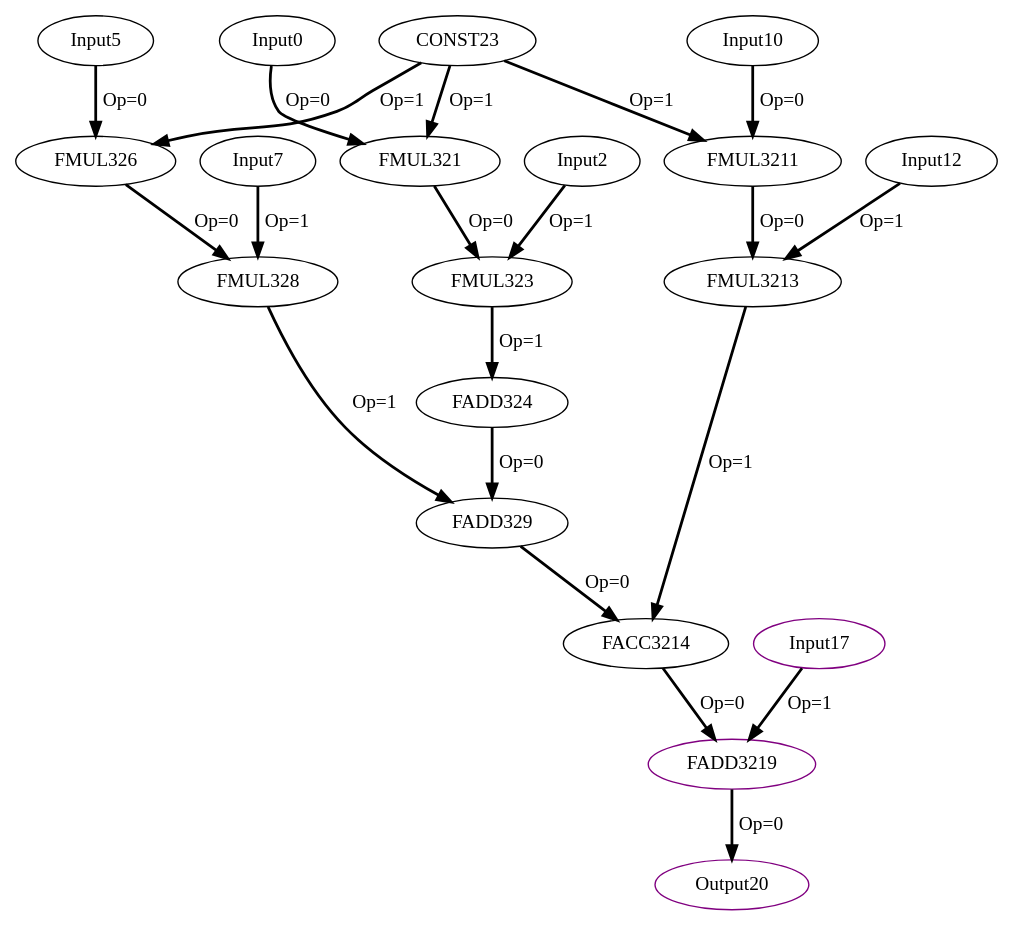
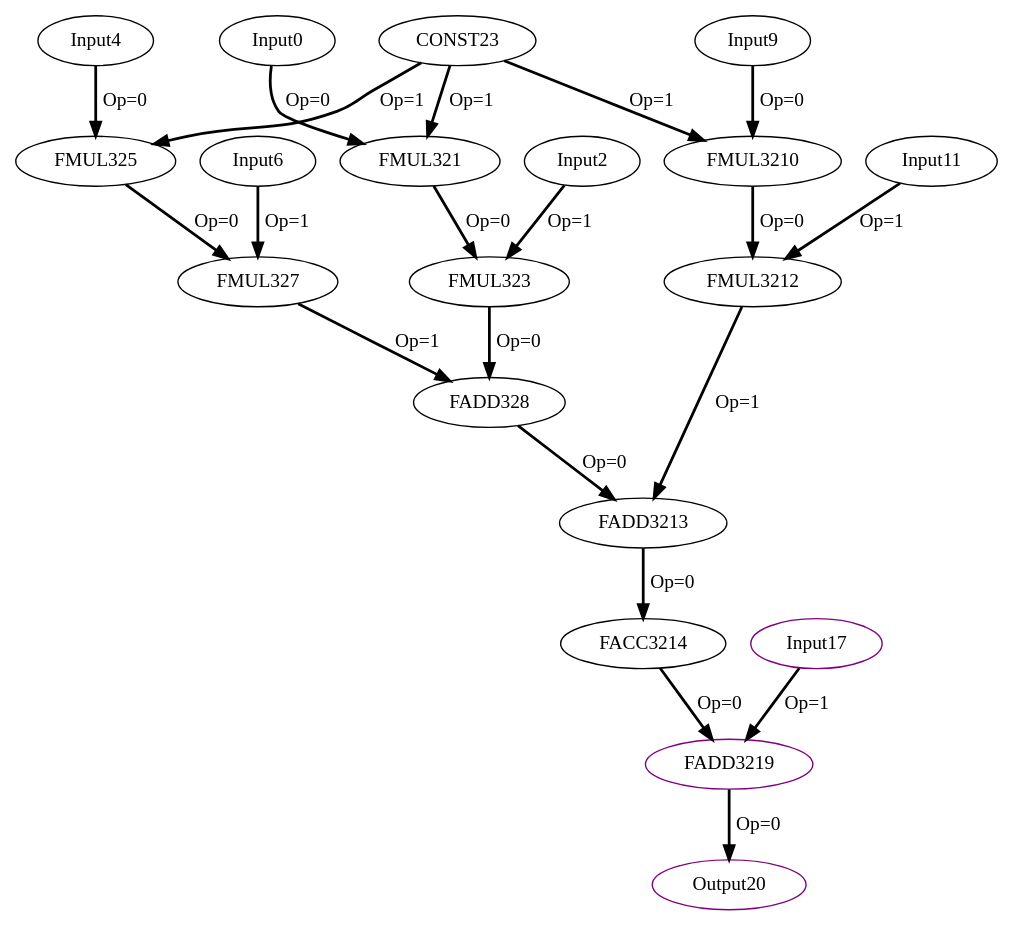
The diagram in experiment/Cbenchmarks/Polybench/linear-algebra/blas/gemm/IR/tempfiles/DesignSpace/kernel_gemm_1_3_1_1_CDFG_unroll.dot (MIONkb/adora-compiler), drawn with Graphviz before and after one commit. The commit also changed 135 other files, not shown here.

```diff
--- a/experiment/Cbenchmarks/Polybench/linear-algebra/blas/gemm/IR/tempfiles/DesignSpace/kernel_gemm_1_3_1_1_CDFG_unroll.dot
+++ b/experiment/Cbenchmarks/Polybench/linear-algebra/blas/gemm/IR/tempfiles/DesignSpace/kernel_gemm_1_3_1_1_CDFG_unroll.dot
@@ -1,41 +1,41 @@
 Digraph G {
 Input0[opcode = "Input", ref_name="kernel_gemm_1_1", size="120", offset="0,0", pattern="12,10,-108,25", color = black];
 FMUL321[opcode = "FMUL32", color = black];
 Input2[opcode = "Input", ref_name="kernel_gemm_1_2", size="3000", offset="0,0", pattern="300,10,-2696,25", color = black];
 FMUL323[opcode = "FMUL32", color = black];
-FADD324[opcode = "FADD32", color = black];
-Input5[opcode = "Input", ref_name="kernel_gemm_1_1", size="120", offset="0,4", pattern="12,10,-108,25", color = black];
-FMUL326[opcode = "FMUL32", color = black];
-Input7[opcode = "Input", ref_name="kernel_gemm_1_2", size="3000", offset="0,100", pattern="300,10,-2696,25", color = black];
-FMUL328[opcode = "FMUL32", color = black];
-FADD329[opcode = "FADD32", color = black];
-Input10[opcode = "Input", ref_name="kernel_gemm_1_1", size="120", offset="0,8", pattern="12,10,-108,25", color = black];
-FMUL3211[opcode = "FMUL32", color = black];
-Input12[opcode = "Input", ref_name="kernel_gemm_1_2", size="3000", offset="0,200", pattern="300,10,-2696,25", color = black];
-FMUL3213[opcode = "FMUL32", color = black];
+Input4[opcode = "Input", ref_name="kernel_gemm_1_1", size="120", offset="0,4", pattern="12,10,-108,25", color = black];
+FMUL325[opcode = "FMUL32", color = black];
+Input6[opcode = "Input", ref_name="kernel_gemm_1_2", size="3000", offset="0,100", pattern="300,10,-2696,25", color = black];
+FMUL327[opcode = "FMUL32", color = black];
+FADD328[opcode = "FADD32", color = black];
+Input9[opcode = "Input", ref_name="kernel_gemm_1_1", size="120", offset="0,8", pattern="12,10,-108,25", color = black];
+FMUL3210[opcode = "FMUL32", color = black];
+Input11[opcode = "Input", ref_name="kernel_gemm_1_2", size="3000", offset="0,200", pattern="300,10,-2696,25", color = black];
+FMUL3212[opcode = "FMUL32", color = black];
+FADD3213[opcode = "FADD32", color = black];
 FACC3214[opcode = "FACC32", acc_params="0,10,1,25", acc_first=1, color = black];
 Input17[opcode = "Input", ref_name="kernel_gemm_1_0", size="100", offset="0,0", pattern="0,10,4,25", color = purple];
 FADD3219[opcode = "FADD32", color = purple];
 Output20[opcode = "Output", ref_name="kernel_gemm_1_3", size="100", offset="0,0", pattern="0,10,4,25", color = purple];
 CONST23[opcode = "CONST", value="0x3FC00000", color = black];
 Input0 -> FMUL321[color = black, style = bold, operand = 0, label = "Op=0"];
 CONST23 -> FMUL321[color = black, style = bold, operand = 1, label = "Op=1"];
 FMUL321 -> FMUL323[color = black, style = bold, operand = 0, label = "Op=0"];
 Input2 -> FMUL323[color = black, style = bold, operand = 1, label = "Op=1"];
-FMUL323 -> FADD324[color = black, style = bold, operand = 1, label = "Op=1"];
-Input5 -> FMUL326[color = black, style = bold, operand = 0, label = "Op=0"];
-CONST23 -> FMUL326[color = black, style = bold, operand = 1, label = "Op=1"];
-FMUL326 -> FMUL328[color = black, style = bold, operand = 0, label = "Op=0"];
-Input7 -> FMUL328[color = black, style = bold, operand = 1, label = "Op=1"];
-FADD324 -> FADD329[color = black, style = bold, operand = 0, label = "Op=0"];
-FMUL328 -> FADD329[color = black, style = bold, operand = 1, label = "Op=1"];
-Input10 -> FMUL3211[color = black, style = bold, operand = 0, label = "Op=0"];
-CONST23 -> FMUL3211[color = black, style = bold, operand = 1, label = "Op=1"];
-FMUL3211 -> FMUL3213[color = black, style = bold, operand = 0, label = "Op=0"];
-Input12 -> FMUL3213[color = black, style = bold, operand = 1, label = "Op=1"];
-FADD329 -> FACC3214[color = black, style = bold, operand = 0, label = "Op=0"];
-FMUL3213 -> FACC3214[color = black, style = bold, operand = 1, label = "Op=1"];
+Input4 -> FMUL325[color = black, style = bold, operand = 0, label = "Op=0"];
+CONST23 -> FMUL325[color = black, style = bold, operand = 1, label = "Op=1"];
+FMUL325 -> FMUL327[color = black, style = bold, operand = 0, label = "Op=0"];
+Input6 -> FMUL327[color = black, style = bold, operand = 1, label = "Op=1"];
+FMUL323 -> FADD328[color = black, style = bold, operand = 0, label = "Op=0"];
+FMUL327 -> FADD328[color = black, style = bold, operand = 1, label = "Op=1"];
+Input9 -> FMUL3210[color = black, style = bold, operand = 0, label = "Op=0"];
+CONST23 -> FMUL3210[color = black, style = bold, operand = 1, label = "Op=1"];
+FMUL3210 -> FMUL3212[color = black, style = bold, operand = 0, label = "Op=0"];
+Input11 -> FMUL3212[color = black, style = bold, operand = 1, label = "Op=1"];
+FADD328 -> FADD3213[color = black, style = bold, operand = 0, label = "Op=0"];
+FMUL3212 -> FADD3213[color = black, style = bold, operand = 1, label = "Op=1"];
+FADD3213 -> FACC3214[color = black, style = bold, operand = 0, label = "Op=0"];
 Input17 -> FADD3219[color = black, style = bold, operand = 1, label = "Op=1"];
 FADD3219 -> Output20[color = black, style = bold, operand = 0, label = "Op=0"];
 FACC3214 -> FADD3219[color = black, style = bold, operand = 0, label = "Op=0"];
 }
```
